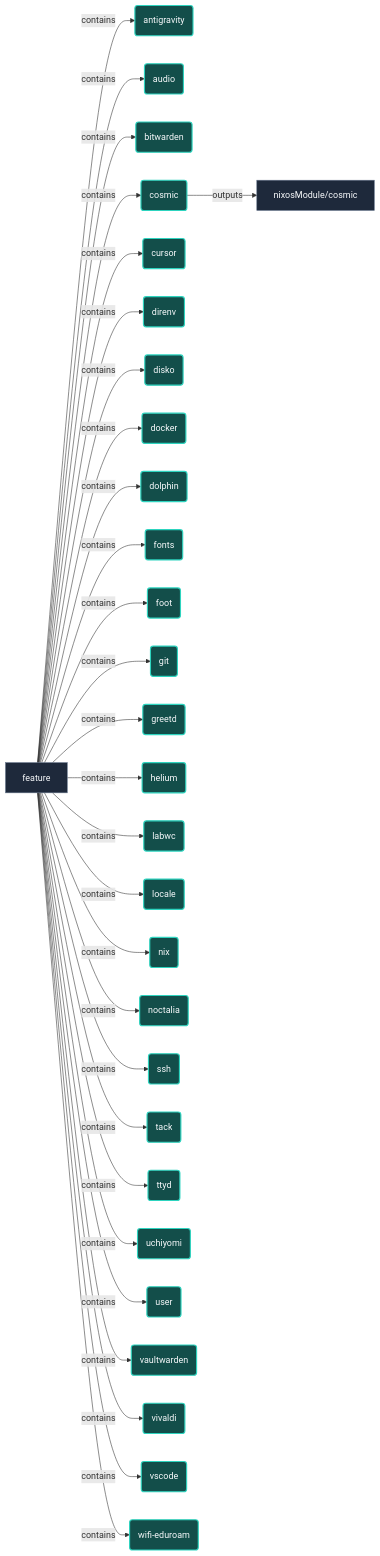
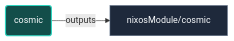
One commit to LW-54/nixconf changed the diagram in docs/features/cosmic.md. Above: the diagram before and after it, drawn with Mermaid. The commit also changed other lines of this file and 180 other files, not shown here.

Commit message:
docs: refactor and polish documentation system architecture

````diff
--- a/docs/features/cosmic.md
+++ b/docs/features/cosmic.md
@@ -15,93 +13,13 @@
 ```mermaid
 flowchart LR
   urn__nixconf__ast__module__cosmic["nixosModule/cosmic"]:::defaultNode
-    urn__nixconf__onto__feature__antigravity("antigravity"):::featureNode
-    urn__nixconf__onto__feature__audio("audio"):::featureNode
-    urn__nixconf__onto__feature__bitwarden("bitwarden"):::featureNode
     urn__nixconf__onto__feature__cosmic("cosmic"):::featureNode
-    urn__nixconf__onto__feature__cursor("cursor"):::featureNode
-    urn__nixconf__onto__feature__direnv("direnv"):::featureNode
-    urn__nixconf__onto__feature__disko("disko"):::featureNode
-    urn__nixconf__onto__feature__docker("docker"):::featureNode
-    urn__nixconf__onto__feature__dolphin("dolphin"):::featureNode
-    urn__nixconf__onto__feature__fonts("fonts"):::featureNode
-    urn__nixconf__onto__feature__foot("foot"):::featureNode
-    urn__nixconf__onto__feature__git("git"):::featureNode
-    urn__nixconf__onto__feature__greetd("greetd"):::featureNode
-    urn__nixconf__onto__feature__helium("helium"):::featureNode
-    urn__nixconf__onto__feature__labwc("labwc"):::featureNode
-    urn__nixconf__onto__feature__locale("locale"):::featureNode
-    urn__nixconf__onto__feature__nix("nix"):::featureNode
-    urn__nixconf__onto__feature__noctalia("noctalia"):::featureNode
-    urn__nixconf__onto__feature__ssh("ssh"):::featureNode
-    urn__nixconf__onto__feature__tack("tack"):::featureNode
-    urn__nixconf__onto__feature__ttyd("ttyd"):::featureNode
-    urn__nixconf__onto__feature__uchiyomi("uchiyomi"):::featureNode
-    urn__nixconf__onto__feature__user("user"):::featureNode
-    urn__nixconf__onto__feature__vaultwarden("vaultwarden"):::featureNode
-    urn__nixconf__onto__feature__vivaldi("vivaldi"):::featureNode
-    urn__nixconf__onto__feature__vscode("vscode"):::featureNode
-    urn__nixconf__onto__feature__wifi_eduroam("wifi-eduroam"):::featureNode
-    urn__nixconf__onto__primitive__feature["feature"]:::defaultNode
 
     urn__nixconf__onto__feature__cosmic -->|outputs| urn__nixconf__ast__module__cosmic
-    urn__nixconf__onto__primitive__feature -->|contains| urn__nixconf__onto__feature__antigravity
-    urn__nixconf__onto__primitive__feature -->|contains| urn__nixconf__onto__feature__audio
-    urn__nixconf__onto__primitive__feature -->|contains| urn__nixconf__onto__feature__bitwarden
-    urn__nixconf__onto__primitive__feature -->|contains| urn__nixconf__onto__feature__cosmic
-    urn__nixconf__onto__primitive__feature -->|contains| urn__nixconf__onto__feature__cursor
-    urn__nixconf__onto__primitive__feature -->|contains| urn__nixconf__onto__feature__direnv
-    urn__nixconf__onto__primitive__feature -->|contains| urn__nixconf__onto__feature__disko
-    urn__nixconf__onto__primitive__feature -->|contains| urn__nixconf__onto__feature__docker
-    urn__nixconf__onto__primitive__feature -->|contains| urn__nixconf__onto__feature__dolphin
-    urn__nixconf__onto__primitive__feature -->|contains| urn__nixconf__onto__feature__fonts
-    urn__nixconf__onto__primitive__feature -->|contains| urn__nixconf__onto__feature__foot
-    urn__nixconf__onto__primitive__feature -->|contains| urn__nixconf__onto__feature__git
-    urn__nixconf__onto__primitive__feature -->|contains| urn__nixconf__onto__feature__greetd
-    urn__nixconf__onto__primitive__feature -->|contains| urn__nixconf__onto__feature__helium
-    urn__nixconf__onto__primitive__feature -->|contains| urn__nixconf__onto__feature__labwc
-    urn__nixconf__onto__primitive__feature -->|contains| urn__nixconf__onto__feature__locale
-    urn__nixconf__onto__primitive__feature -->|contains| urn__nixconf__onto__feature__nix
-    urn__nixconf__onto__primitive__feature -->|contains| urn__nixconf__onto__feature__noctalia
-    urn__nixconf__onto__primitive__feature -->|contains| urn__nixconf__onto__feature__ssh
-    urn__nixconf__onto__primitive__feature -->|contains| urn__nixconf__onto__feature__tack
-    urn__nixconf__onto__primitive__feature -->|contains| urn__nixconf__onto__feature__ttyd
-    urn__nixconf__onto__primitive__feature -->|contains| urn__nixconf__onto__feature__uchiyomi
-    urn__nixconf__onto__primitive__feature -->|contains| urn__nixconf__onto__feature__user
-    urn__nixconf__onto__primitive__feature -->|contains| urn__nixconf__onto__feature__vaultwarden
-    urn__nixconf__onto__primitive__feature -->|contains| urn__nixconf__onto__feature__vivaldi
-    urn__nixconf__onto__primitive__feature -->|contains| urn__nixconf__onto__feature__vscode
-    urn__nixconf__onto__primitive__feature -->|contains| urn__nixconf__onto__feature__wifi_eduroam
 
 
     click urn__nixconf__ast__module__cosmic href "../modules/cosmic.md" "cosmic"
-    click urn__nixconf__onto__feature__antigravity href "../features/antigravity.md" "antigravity"
-    click urn__nixconf__onto__feature__audio href "../features/audio.md" "audio"
-    click urn__nixconf__onto__feature__bitwarden href "../features/bitwarden.md" "bitwarden"
-    click urn__nixconf__onto__feature__cosmic href "../features/cosmic.md" "cosmic"
-    click urn__nixconf__onto__feature__cursor href "../features/cursor.md" "cursor"
-    click urn__nixconf__onto__feature__direnv href "../features/direnv.md" "direnv"
-    click urn__nixconf__onto__feature__disko href "../features/disko.md" "disko"
-    click urn__nixconf__onto__feature__docker href "../features/docker.md" "docker"
-    click urn__nixconf__onto__feature__dolphin href "../features/dolphin.md" "dolphin"
-    click urn__nixconf__onto__feature__fonts href "../features/fonts.md" "fonts"
-    click urn__nixconf__onto__feature__foot href "../features/foot.md" "foot"
-    click urn__nixconf__onto__feature__git href "../features/git.md" "git"
-    click urn__nixconf__onto__feature__greetd href "../features/greetd.md" "greetd"
-    click urn__nixconf__onto__feature__helium href "../features/helium.md" "helium"
-    click urn__nixconf__onto__feature__labwc href "../features/labwc.md" "labwc"
-    click urn__nixconf__onto__feature__locale href "../features/locale.md" "locale"
-    click urn__nixconf__onto__feature__nix href "../features/nix.md" "nix"
-    click urn__nixconf__onto__feature__noctalia href "../features/noctalia.md" "noctalia"
-    click urn__nixconf__onto__feature__ssh href "../features/ssh.md" "ssh"
-    click urn__nixconf__onto__feature__tack href "../features/tack.md" "tack"
-    click urn__nixconf__onto__feature__ttyd href "../features/ttyd.md" "ttyd"
-    click urn__nixconf__onto__feature__uchiyomi href "../features/uchiyomi.md" "uchiyomi"
-    click urn__nixconf__onto__feature__user href "../features/user.md" "user"
-    click urn__nixconf__onto__feature__vaultwarden href "../features/vaultwarden.md" "vaultwarden"
-    click urn__nixconf__onto__feature__vivaldi href "../features/vivaldi.md" "vivaldi"
-    click urn__nixconf__onto__feature__vscode href "../features/vscode.md" "vscode"
-    click urn__nixconf__onto__feature__wifi_eduroam href "../features/wifi-eduroam.md" "wifi-eduroam"
+    click urn__nixconf__onto__feature__cosmic href "cosmic.md" "cosmic"
 
   %% Semantic Visual Classes
   classDef hostNode fill:#1e293b,stroke:#38bdf8,stroke-width:2px,color:#f8fafc;
````
